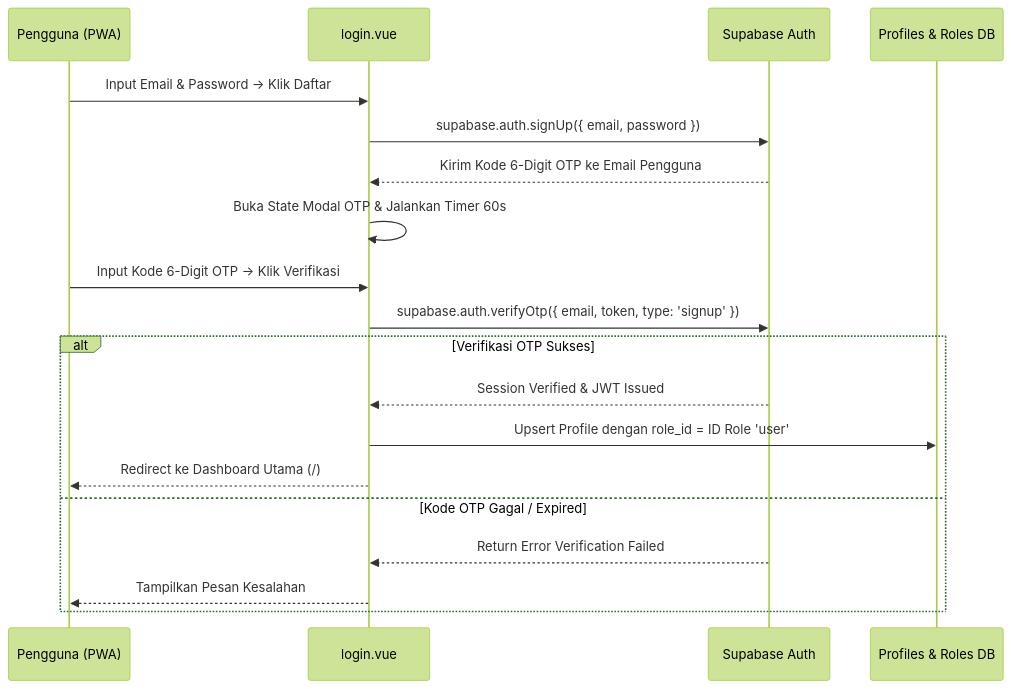
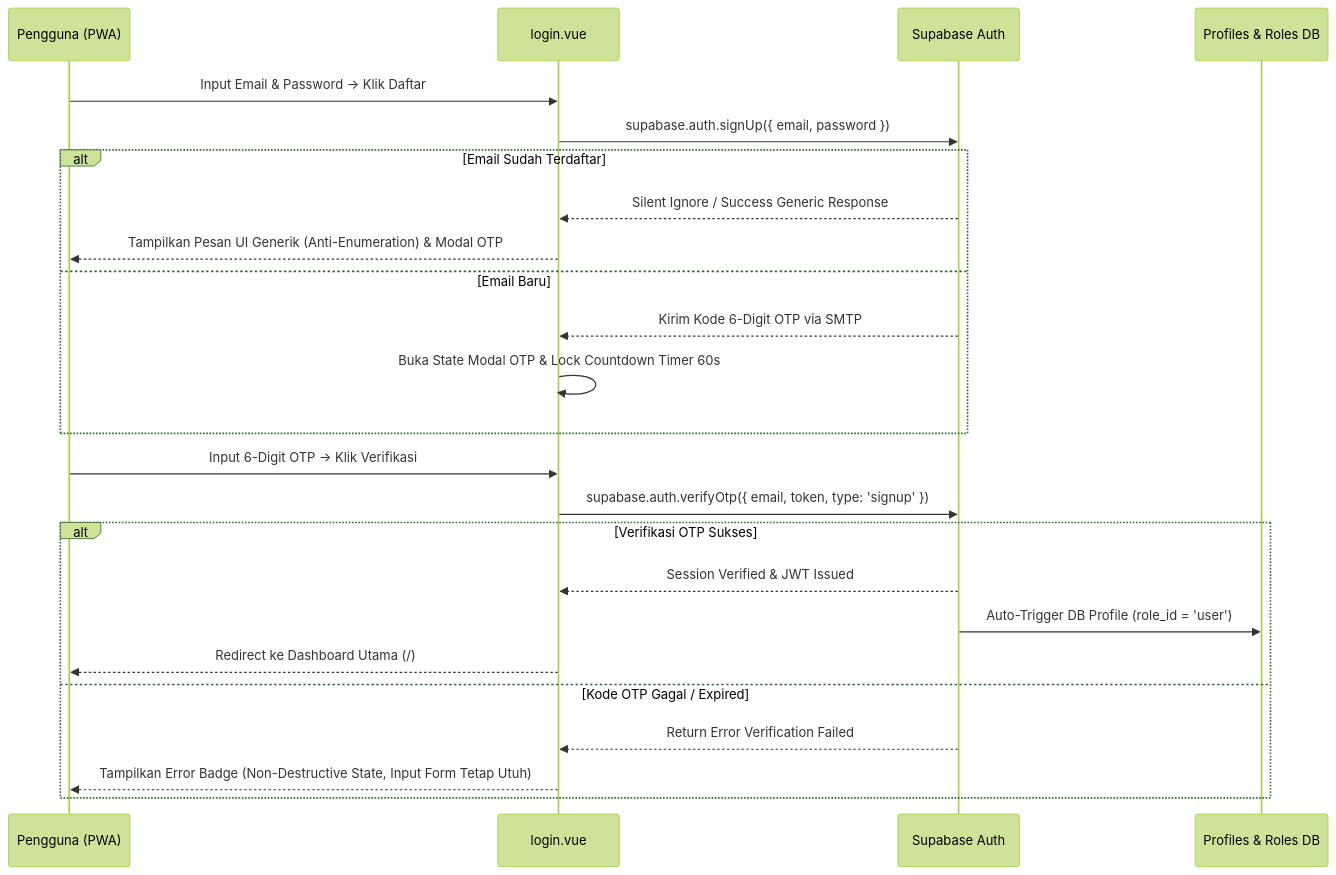
Before and after one commit to FatihKawakib04/phorayana: the diagram in docs/architecture/04_RBAC_AND_EMAIL_OTP_SPEC.md, drawn with Mermaid (forest theme). The commit also changed other lines of this file and 2 other files, not shown here.

Commit message:
[docs] Detail safe handling, error recovery, and DB auto-provisioning for Email OTP flow

````diff
--- a/docs/architecture/04_RBAC_AND_EMAIL_OTP_SPEC.md
+++ b/docs/architecture/04_RBAC_AND_EMAIL_OTP_SPEC.md
@@ -63,22 +63,28 @@
 ```mermaid
 sequenceDiagram
     participant User as Pengguna (PWA)
     participant UI as login.vue
     participant Auth as Supabase Auth
     participant DB as Profiles & Roles DB
 
     User->>UI: Input Email & Password -> Klik Daftar
     UI->>Auth: supabase.auth.signUp({ email, password })
-    Auth-->>UI: Kirim Kode 6-Digit OTP ke Email Pengguna
-    UI->>UI: Buka State Modal OTP & Jalankan Timer 60s
-    User->>UI: Input Kode 6-Digit OTP -> Klik Verifikasi
+    alt Email Sudah Terdaftar
+        Auth-->>UI: Silent Ignore / Success Generic Response
+        UI-->>User: Tampilkan Pesan UI Generik (Anti-Enumeration) & Modal OTP
+    else Email Baru
+        Auth-->>UI: Kirim Kode 6-Digit OTP via SMTP
+        UI->>UI: Buka State Modal OTP & Lock Countdown Timer 60s
+    end
+
+    User->>UI: Input 6-Digit OTP -> Klik Verifikasi
     UI->>Auth: supabase.auth.verifyOtp({ email, token, type: 'signup' })
     alt Verifikasi OTP Sukses
         Auth-->>UI: Session Verified & JWT Issued
-        UI->>DB: Upsert Profile dengan role_id = ID Role 'user'
+        Auth->>DB: Auto-Trigger DB Profile (role_id = 'user')
         UI-->>User: Redirect ke Dashboard Utama (/)
     else Kode OTP Gagal / Expired
         Auth-->>UI: Return Error Verification Failed
-        UI-->>User: Tampilkan Pesan Kesalahan
+        UI-->>User: Tampilkan Error Badge (Non-Destructive State, Input Form Tetap Utuh)
     end
 ```
````
